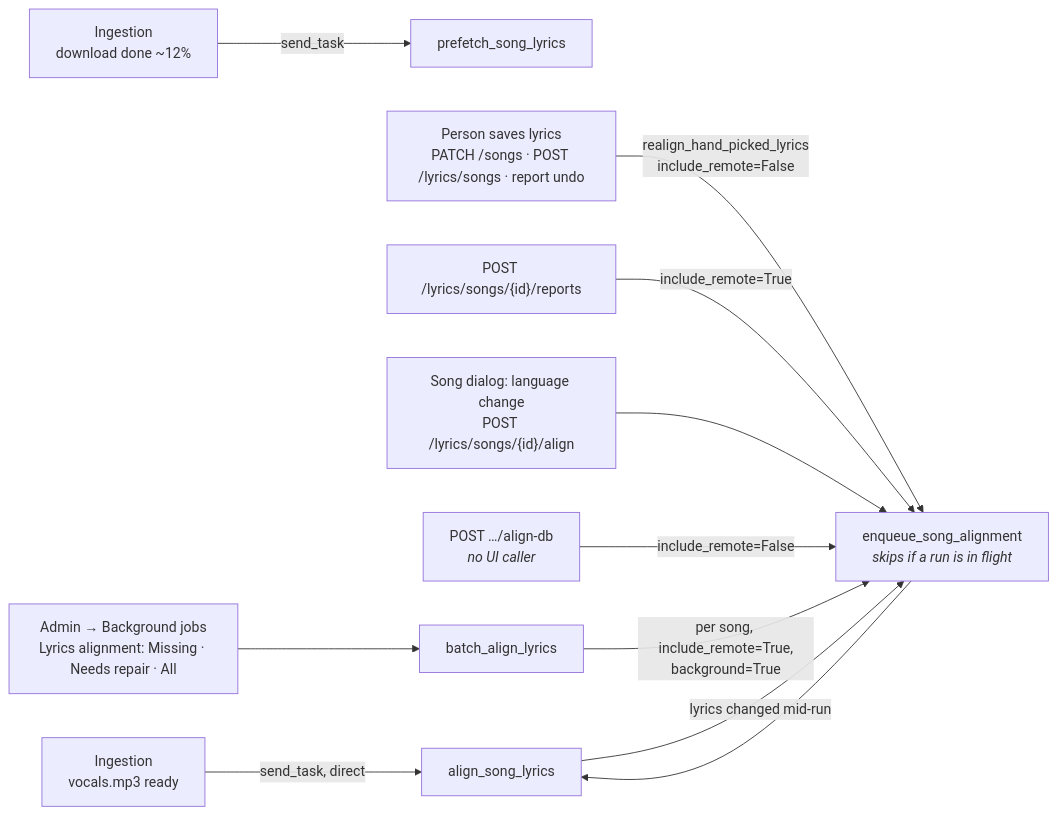
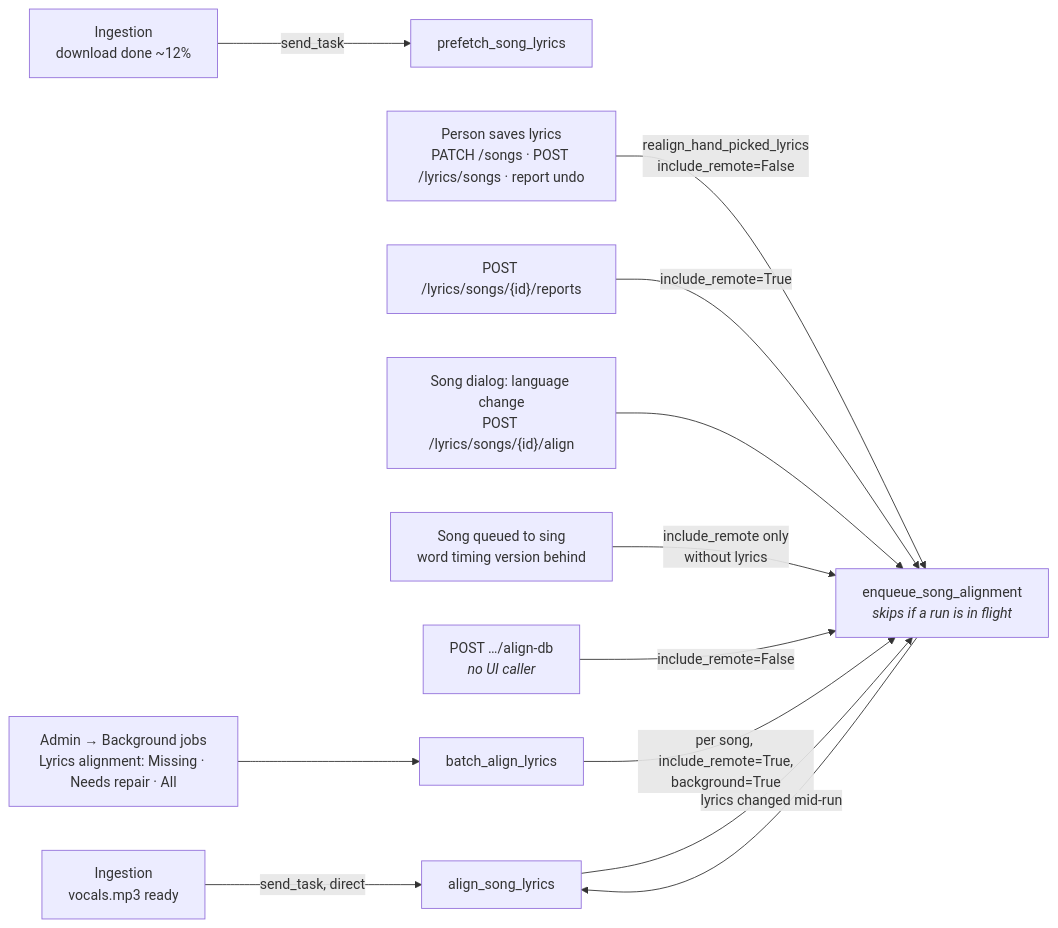
The third of 6 diagrams in docs/domains/lyrics-system.md (spencerfrost/open-karaoke-studio), drawn with Mermaid before and after one commit. The commit also changed other lines of this file and 19 other files, not shown here.

First line of the commit message:
feat(jobs): bring a song up to date when it's queued to sing

````diff
--- a/docs/domains/lyrics-system.md
+++ b/docs/domains/lyrics-system.md
@@ -213,12 +213,13 @@
 ```mermaid
 flowchart LR
     Ingest["Ingestion<br/>download done ~12%"] -->|send_task| Prefetch["prefetch_song_lyrics"]
     Vocals["Ingestion<br/>vocals.mp3 ready"] -->|send_task, direct| Align["align_song_lyrics"]
     Save["Person saves lyrics<br/>PATCH /songs · POST /lyrics/songs · report undo"] -->|realign_hand_picked_lyrics<br/>include_remote=False| Enq["enqueue_song_alignment<br/><i>skips if a run is in flight</i>"]
     Report["POST /lyrics/songs/{id}/reports"] -->|include_remote=True| Enq
     Button["Song dialog: language change<br/>POST /lyrics/songs/{id}/align"] --> Enq
+    Queued["Song queued to sing<br/>word timing version behind"] -->|include_remote only<br/>without lyrics| Enq
     AlignDb["POST …/align-db<br/><i>no UI caller</i>"] -->|include_remote=False| Enq
     BatchBtn["Admin → Background jobs<br/>Lyrics alignment: Missing · Needs repair · All"] --> Batch["batch_align_lyrics"] -->|per song, include_remote=True,<br/>background=True| Enq
     Enq --> Align
     Align -->|lyrics changed mid-run| Enq
 ```
````
